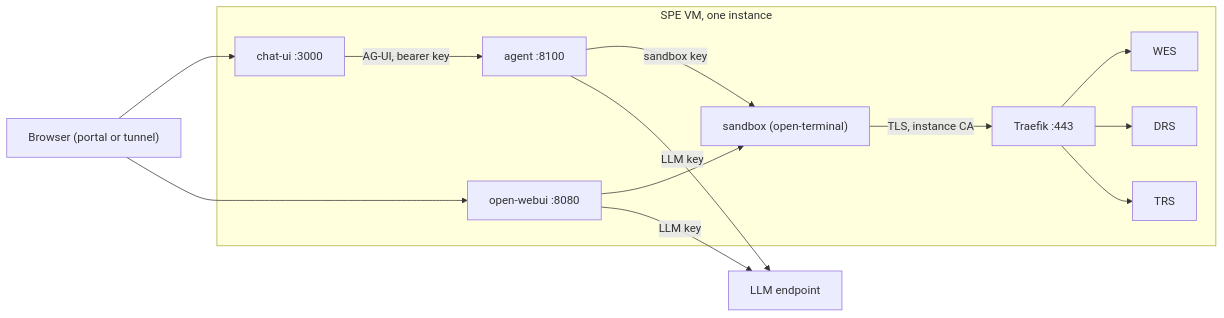
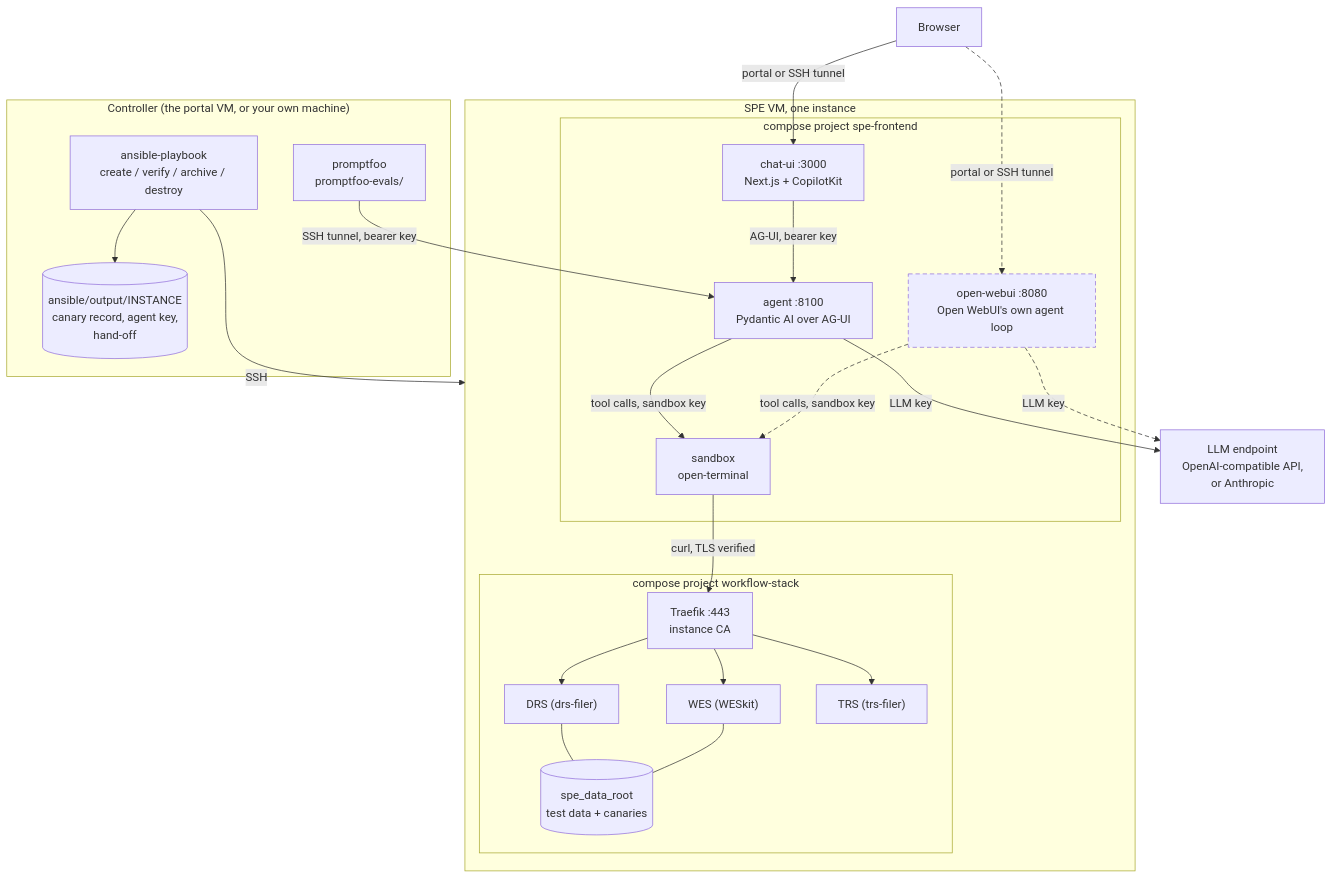
Before and after one commit to thodkatz/elixir-biohackathon-2026-test: the diagram in platform/README.md, drawn with Mermaid. The commit also changed other lines of this file, not shown here.

Commit message:
platform README: bring back the full architecture diagram
The README rewrite replaced the instance diagram with a short one that
drops the controller, promptfoo, the two compose projects, the data and
what crosses each link. This restores the fuller diagram, updated: the
controller can be the portal VM, the chats are reached through the portal
or an SSH tunnel, and Open WebUI's path (dashed) sits next to the AG-UI
path so it is clear both drive the same sandbox.

````diff
--- a/platform/README.md
+++ b/platform/README.md
@@ -37,13 +37,46 @@
 ```mermaid
-flowchart LR
+flowchart TB
+  subgraph controller["Controller (the portal VM, or your own machine)"]
+    ansible["ansible-playbook<br/>create / verify / archive / destroy"]
+    output[("ansible/output/INSTANCE<br/>canary record, agent key,<br/>hand-off")]
+    promptfoo["promptfoo<br/>promptfoo-evals/"]
+  end
+  browser["Browser"]
+
   subgraph vm["SPE VM, one instance"]
-    owui["open-webui :8080"] --> sandbox["sandbox (open-terminal)"]
-    ui["chat-ui :3000"] -- "AG-UI, bearer key" --> agent["agent :8100"]
-    agent -- "sandbox key" --> sandbox
-    sandbox -- "TLS, instance CA" --> traefik["Traefik :443"]
-    traefik --> wes["WES"] & drs["DRS"] & trs["TRS"]
+    subgraph fe["compose project spe-frontend"]
+      ui["chat-ui :3000<br/>Next.js + CopilotKit"]
+      agent["agent :8100<br/>Pydantic AI over AG-UI"]
+      owui["open-webui :8080<br/>Open WebUI's own agent loop"]:::alt
+      sandbox["sandbox<br/>open-terminal"]
+    end
+    subgraph ws["compose project workflow-stack"]
+      traefik["Traefik :443<br/>instance CA"]
+      wes["WES (WESkit)"]
+      drs["DRS (drs-filer)"]
+      trs["TRS (trs-filer)"]
+      data[("spe_data_root<br/>test data + canaries")]
+    end
   end
-  agent -- "LLM key" --> llm["LLM endpoint"]
-  owui -- "LLM key" --> llm
-  browser["Browser (portal or tunnel)"] --> ui & owui
+
+  llm["LLM endpoint<br/>OpenAI-compatible API,<br/>or Anthropic"]
+
+  %% Open WebUI's links first, so linkStyle 0,1,2 targets them in every Mermaid version.
+  browser -. "portal or SSH tunnel" .-> owui
+  owui -. "LLM key" .-> llm
+  owui -. "tool calls, sandbox key" .-> sandbox
+
+  ansible -- "SSH" --> vm
+  ansible --> output
+  browser -- "portal or SSH tunnel" --> ui
+  promptfoo -- "SSH tunnel, bearer key" --> agent
+  ui -- "AG-UI, bearer key" --> agent
+  agent -- "LLM key" --> llm
+  agent -- "tool calls, sandbox key" --> sandbox
+  sandbox -- "curl, TLS verified" --> traefik
+  traefik --> wes & drs & trs
+  wes & drs --- data
+
+  classDef alt stroke-dasharray: 6 4
+  linkStyle 0,1,2 stroke-dasharray: 6 4
 ```
````
